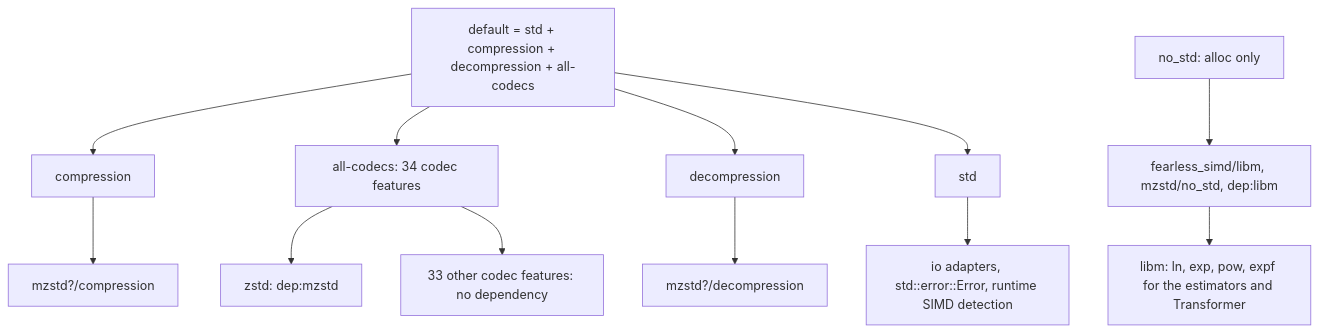
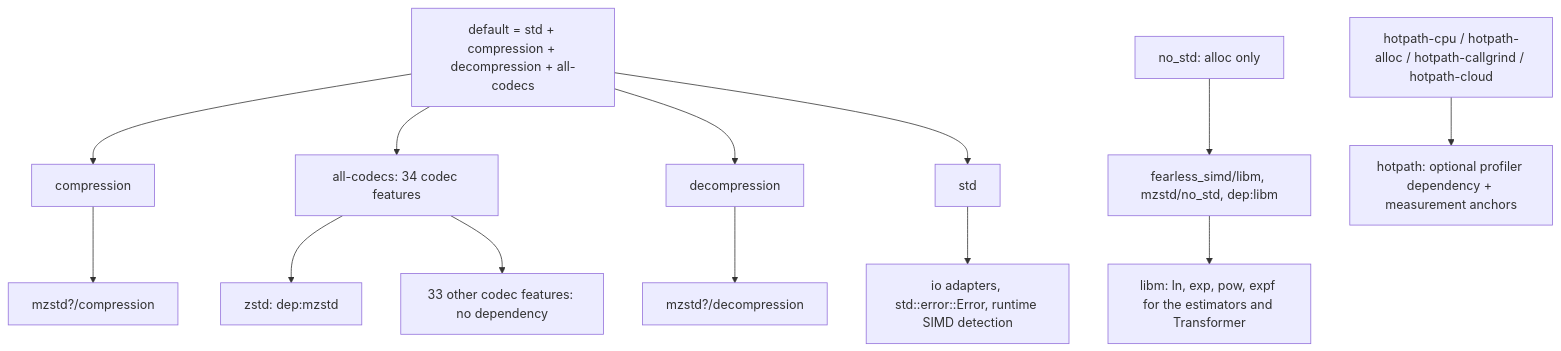
Before and after one commit to M-Compressors/mopenzl: the first of 2 diagrams in architecture/codec-features.md, drawn with Mermaid. The commit also changed other lines of this file and 1 other file, not shown here.

Commit message:
Add hotpath profiler to docs

````diff
--- a/architecture/codec-features.md
+++ b/architecture/codec-features.md
@@ -3,14 +3,15 @@
 ```mermaid
 flowchart TD
     D["default = std + compression + decompression + all-codecs"] --> C[compression]
     D --> A["all-codecs: 34 codec features"]
     D --> R[decompression]
     D --> S[std]
     A --> Z["zstd: dep:mzstd"]
     A --> K["33 other codec features: no dependency"]
     N["no_std: alloc only"] --> X["fearless_simd/libm, mzstd/no_std, dep:libm"]
     C --> M1["mzstd?/compression"]
     R --> M2["mzstd?/decompression"]
     S --> IO[io adapters, std::error::Error, runtime SIMD detection]
     X --> LM["libm: ln, exp, pow, expf for the estimators and Transformer"]
+    P["hotpath-cpu / hotpath-alloc / hotpath-callgrind / hotpath-cloud"] --> H["hotpath: optional profiler dependency + measurement anchors"]
 ```
````
